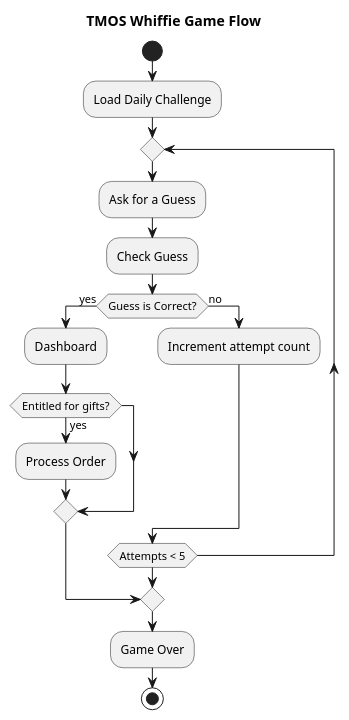
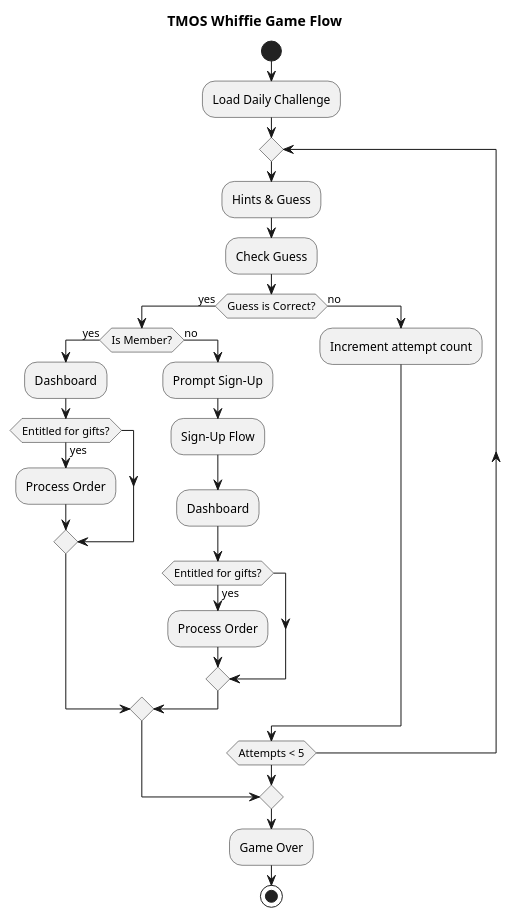
Before and after one commit to pmwong008/PlantUML_boot: the diagram in docs/architecture/tmos_activity_game_flow.puml, drawn with PlantUML. The commit also changed other lines of this file and 7 other files, not shown here.

```diff
--- a/docs/architecture/tmos_activity_game_flow.puml
+++ b/docs/architecture/tmos_activity_game_flow.puml
@@ -1,24 +1,33 @@
 @startuml
 title TMOS Whiffie Game Flow
 
 start
 
 :Load Daily Challenge;
 
 repeat
-  :Ask for a Guess;
+  :Hints & Guess;
   :Check Guess;
   if (Guess is Correct?) then (yes)
-    :Dashboard;
-    if (Entitled for gifts?) then (yes)
-      :Process Order;
+    if (Is Member?) then (yes)
+      :Dashboard;
+      if (Entitled for gifts?) then (yes)
+        :Process Order;
+      endif
+    else (no)
+      :Prompt Sign-Up;
+      :Sign-Up Flow;
+      :Dashboard;
+      if (Entitled for gifts?) then (yes)
+        :Process Order;
+      endif
     endif
     break
   else (no)
     :Increment attempt count;
   endif
 repeat while (Attempts < 5)
 
 :Game Over;
 stop
 @enduml
```
